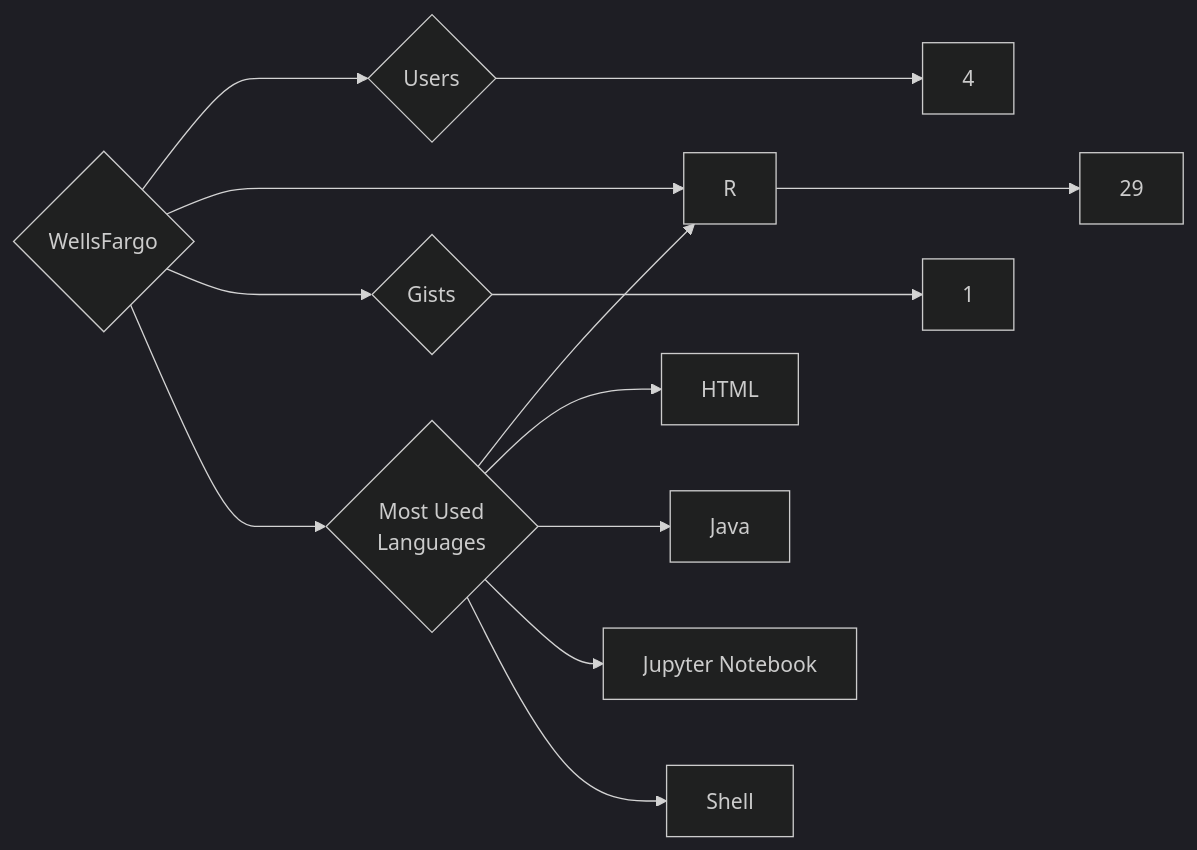
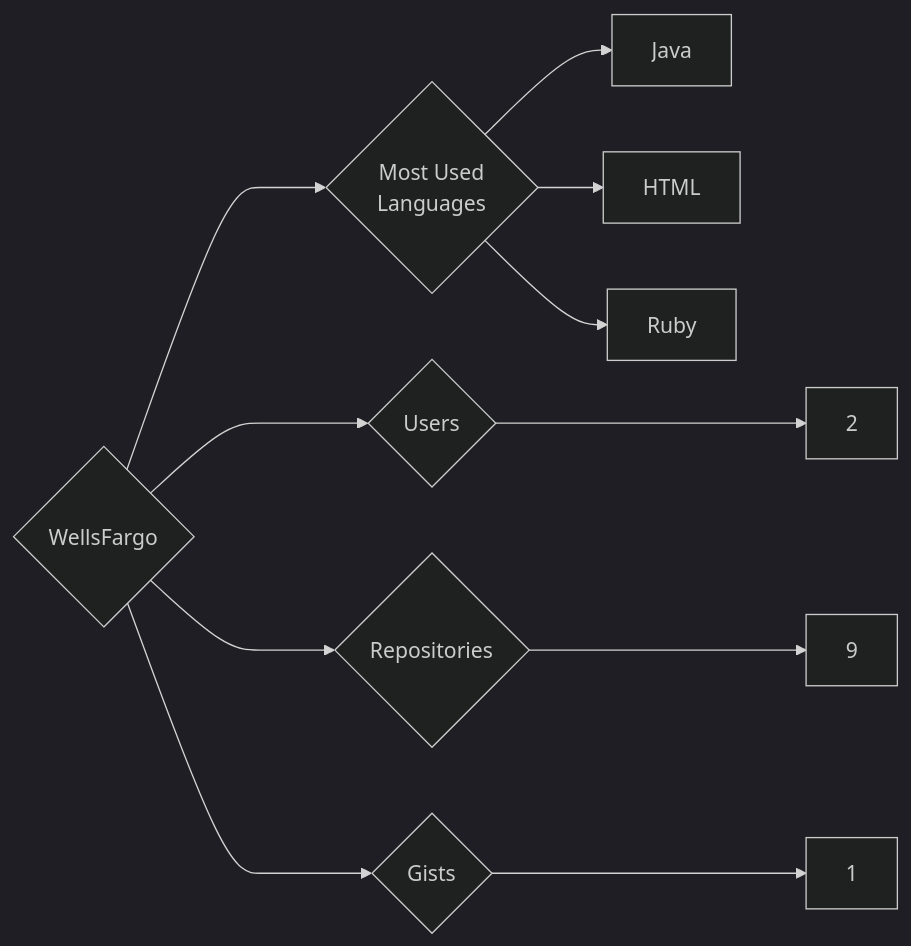
One commit to trickest/insiders changed the diagram in targets/WellsFargo/README.md. Above: the diagram before and after it, drawn with Mermaid (dark theme). The commit also changed 920 other files, not shown here.

````diff
--- a/targets/WellsFargo/README.md
+++ b/targets/WellsFargo/README.md
@@ -3,13 +3,11 @@
 ```mermaid
 graph LR
 COMPANY_NAME{WellsFargo}
-COMPANY_NAME ---> U{Users} ---> UN[4]
-COMPANY_NAME ---> R{Repositories} ---> RN[29]
+COMPANY_NAME ---> U{Users} ---> UN[2]
+COMPANY_NAME ---> R{Repositories} ---> RN[9]
 COMPANY_NAME ---> G{Gists} ---> GN[1]
 COMPANY_NAME ---> ML{Most Used<br>Languages}
-ML --> R[R]
+ML --> Java[Java]
 ML --> HTML[HTML]
-ML --> Java[Java]
-ML --> Jupyter_Notebook[Jupyter Notebook]
-ML --> Shell[Shell]
+ML --> Ruby[Ruby]
 ```
````
